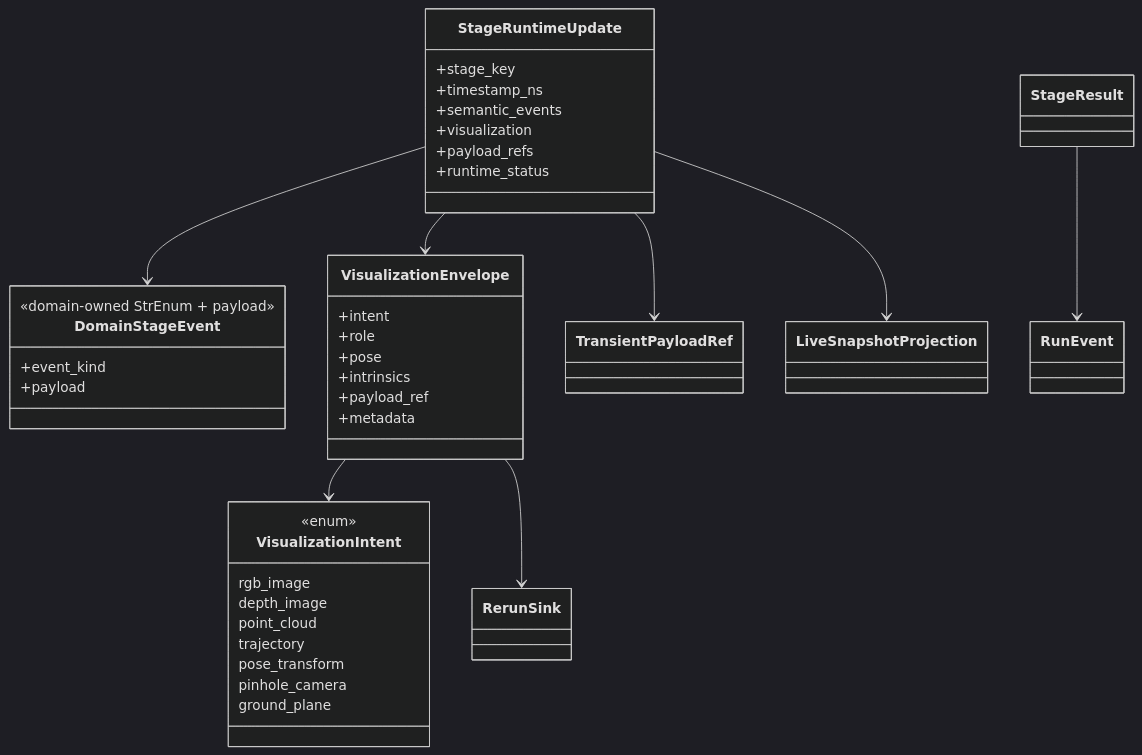
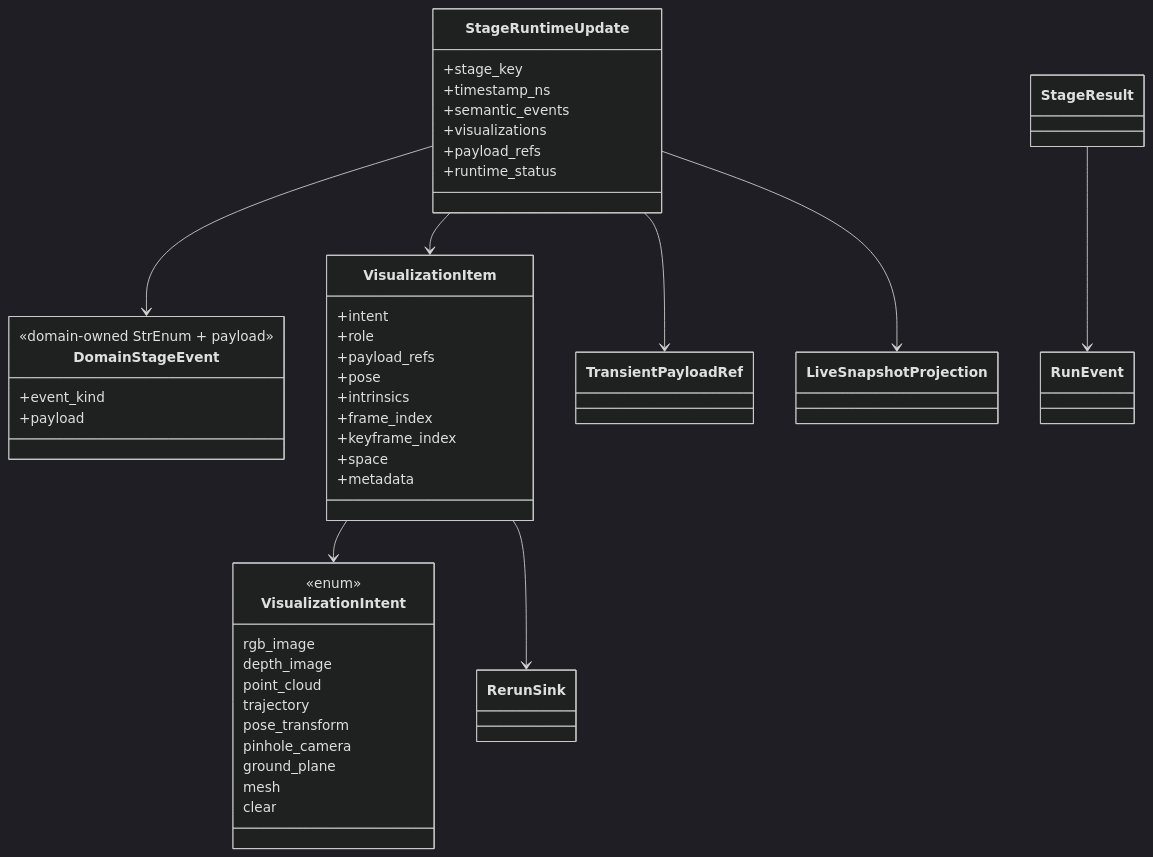
Before and after one commit to JanDuchscherer104/prml-vslam: diagram 13 of 17 in docs/architecture/pipeline-stage-refactor-target.md, drawn with Mermaid (dark theme). The commit also changed other lines of this file and 6 other files, not shown here.

````diff
--- a/docs/architecture/pipeline-stage-refactor-target.md
+++ b/docs/architecture/pipeline-stage-refactor-target.md
@@ -1119,50 +1194,55 @@
 ```mermaid
 classDiagram
     class StageRuntimeUpdate {
         +stage_key
         +timestamp_ns
         +semantic_events
-        +visualization
+        +visualizations
         +payload_refs
         +runtime_status
     }
 
     class DomainStageEvent {
         <<domain-owned StrEnum + payload>>
         +event_kind
         +payload
     }
 
-    class VisualizationEnvelope {
+    class VisualizationItem {
         +intent
         +role
+        +payload_refs
         +pose
         +intrinsics
-        +payload_ref
+        +frame_index
+        +keyframe_index
+        +space
         +metadata
     }
 
     class VisualizationIntent {
         <<enum>>
         rgb_image
         depth_image
         point_cloud
         trajectory
         pose_transform
         pinhole_camera
         ground_plane
+        mesh
+        clear
     }
 
     class StageResult
     class RunEvent
     class LiveSnapshotProjection
     class RerunSink
 
     StageRuntimeUpdate --> DomainStageEvent
-    StageRuntimeUpdate --> VisualizationEnvelope
+    StageRuntimeUpdate --> VisualizationItem
     StageRuntimeUpdate --> TransientPayloadRef
-    VisualizationEnvelope --> VisualizationIntent
+    VisualizationItem --> VisualizationIntent
     StageRuntimeUpdate --> LiveSnapshotProjection
-    VisualizationEnvelope --> RerunSink
+    VisualizationItem --> RerunSink
     StageResult --> RunEvent
 ```
````
